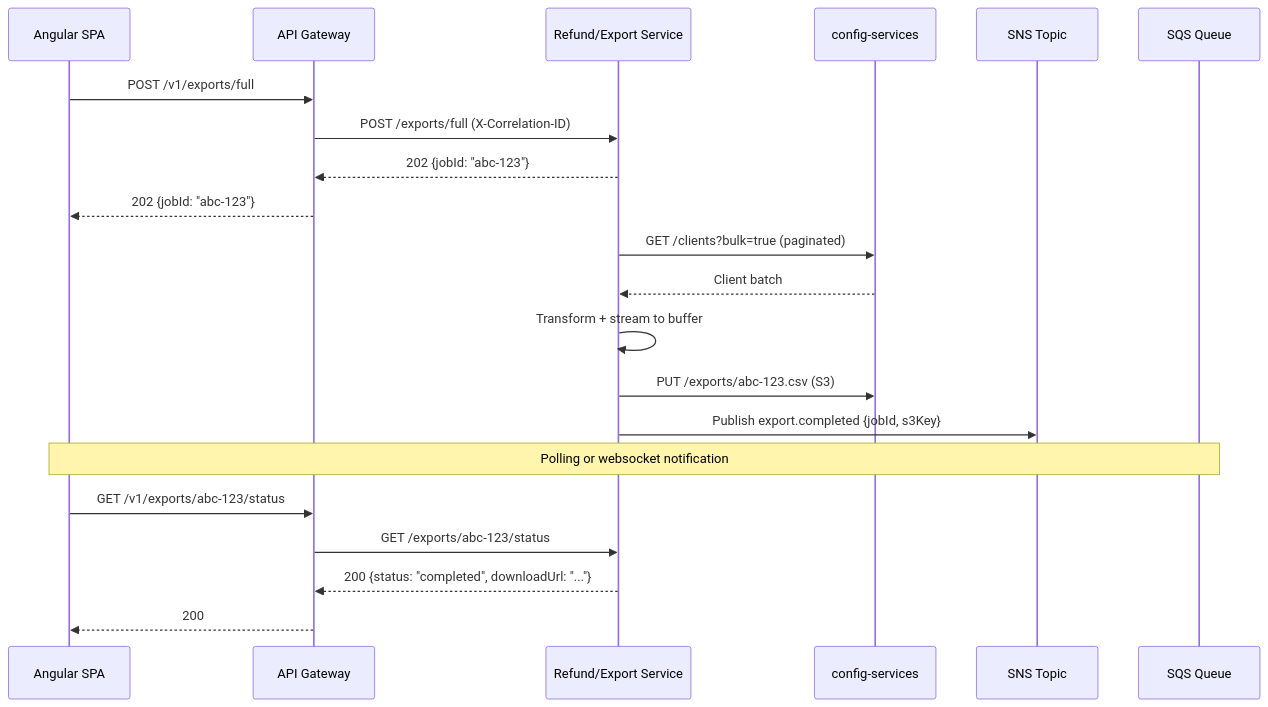
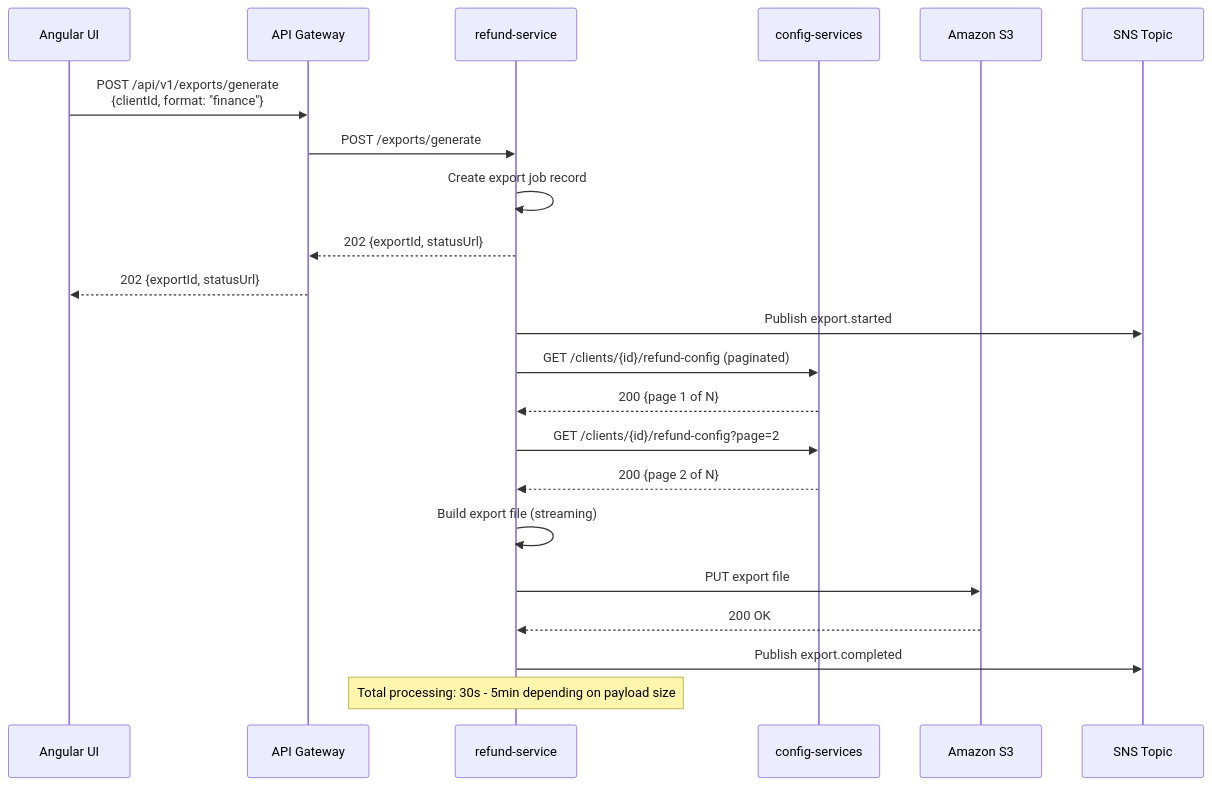
One commit to rsanchez-disney/steer-runtime changed the fourth of 5 diagrams in tests/orchestration/architecture_spec_agent.md. Above: the diagram before and after it, drawn with Mermaid. The commit also changed other lines of this file and 7 other files, not shown here.

````diff
--- a/tests/orchestration/architecture_spec_agent.md
+++ b/tests/orchestration/architecture_spec_agent.md
@@ -125,27 +308,27 @@
 ```mermaid
 sequenceDiagram
-    participant UI as Angular SPA
+    participant UI as Angular UI
     participant GW as API Gateway
-    participant RS as Refund/Export Service
+    participant RS as refund-service
     participant CS as config-services
+    participant S3 as Amazon S3
     participant SNS as SNS Topic
-    participant SQS as SQS Queue
 
-    UI->>GW: POST /v1/exports/full
-    GW->>RS: POST /exports/full (X-Correlation-ID)
-    RS-->>GW: 202 {jobId: "abc-123"}
-    GW-->>UI: 202 {jobId: "abc-123"}
+    UI->>GW: POST /api/v1/exports/generate<br/>{clientId, format: "finance"}
+    GW->>RS: POST /exports/generate
+    RS->>RS: Create export job record
+    RS-->>GW: 202 {exportId, statusUrl}
+    GW-->>UI: 202 {exportId, statusUrl}
 
-    RS->>CS: GET /clients?bulk=true (paginated)
-    CS-->>RS: Client batch
-    RS->>RS: Transform + stream to buffer
-    RS->>CS: PUT /exports/abc-123.csv (S3)
-    RS->>SNS: Publish export.completed {jobId, s3Key}
+    RS->>SNS: Publish export.started
+    RS->>CS: GET /clients/{id}/refund-config (paginated)
+    CS-->>RS: 200 {page 1 of N}
+    RS->>CS: GET /clients/{id}/refund-config?page=2
+    CS-->>RS: 200 {page 2 of N}
+    RS->>RS: Build export file (streaming)
+    RS->>S3: PUT export file
+    S3-->>RS: 200 OK
+    RS->>SNS: Publish export.completed
 
-    Note over UI,SQS: Polling or websocket notification
-
-    UI->>GW: GET /v1/exports/abc-123/status
-    GW->>RS: GET /exports/abc-123/status
-    RS-->>GW: 200 {status: "completed", downloadUrl: "..."}
-    GW-->>UI: 200
+    Note over RS: Total processing: 30s - 5min depending on payload size
 ```
````
